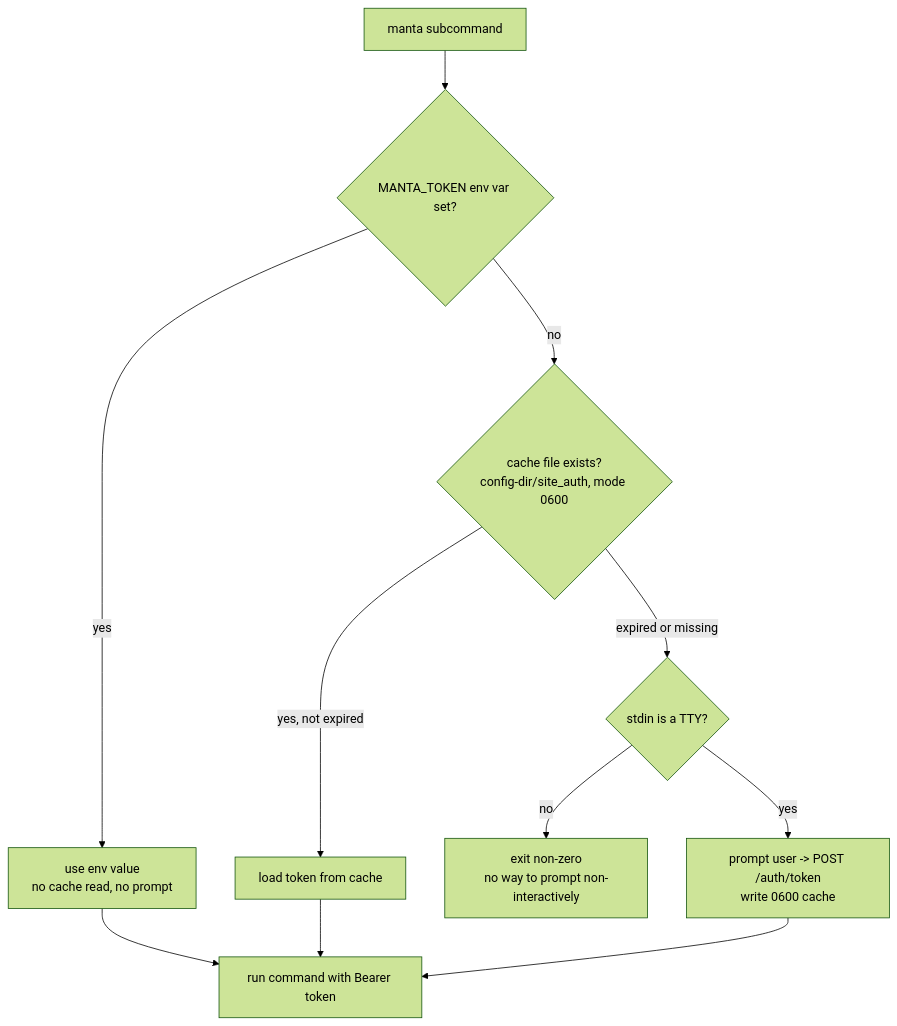
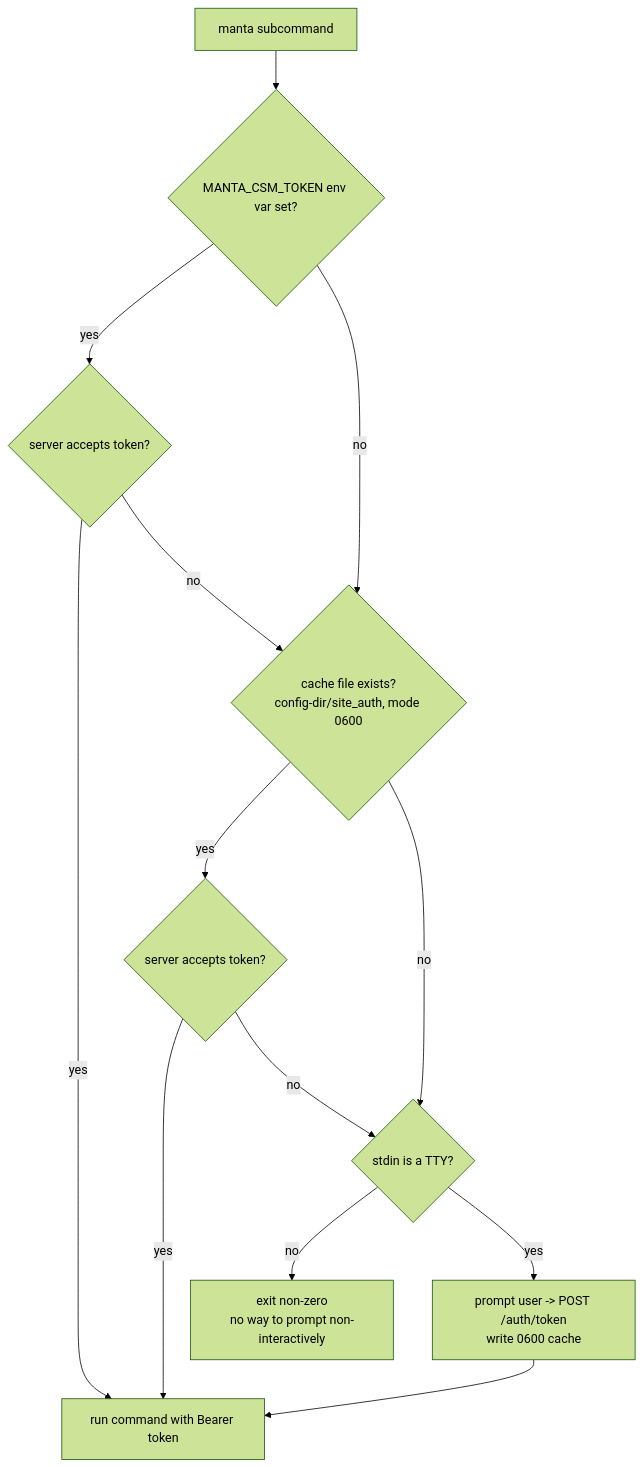
One commit to eth-cscs/manta changed the fourth of 5 diagrams in GUIDE.md. Above: the diagram before and after it, drawn with Mermaid (forest theme). The commit also changed other lines of this file and 1 other file, not shown here.

Commit message:
docs(mermaid): fix factual errors in batch-2 diagrams
Three corrections caught by the final whole-branch review against
the actual source code:

1. Env var name: was MANTA_TOKEN, actual is MANTA_CSM_TOKEN
   (crates/manta-cli/src/common/authentication.rs:64). Fixed in
   the GUIDE.md §12 flowchart node and closing paragraph.

2. Token-cache cascade misdescription: the diagram showed a local
   "expired" branch and promised that the env-var path bypasses
   the cache. The code at authentication.rs:129-147 falls through
   to the cache on server-side token reject — there's no local
   expiry check, and the env-var path does NOT bypass the cache.
   Replaced with explicit ValEnv / ValCache validate nodes so the
   cascade-on-reject is visible.

3. Hw-cluster "rollback" that doesn't exist: ARCHITECTURE.md's new
   diagram + intro both claimed a best-effort rollback step.
   pin_unpin.rs:635 rustdoc explicitly says target updates are
   idempotent and operators retry — there is no executable rollback.
   Removed the Rollback node from the flowchart and rewrote the
   intro prose.

No other diagrams or prose touched.

````diff
--- a/GUIDE.md
+++ b/GUIDE.md
@@ -733,13 +733,15 @@
 ```mermaid
 flowchart TD
-    Start[manta subcommand] --> Env{MANTA_TOKEN env var set?}
-    Env -->|yes| Use[use env value<br/>no cache read, no prompt]
-    Env -->|no| Cache{cache file exists?<br/>config-dir/site_auth, mode 0600}
-    Cache -->|yes, not expired| ReadCache[load token from cache]
-    Cache -->|expired or missing| TTY{stdin is a TTY?}
+    Start[manta subcommand] --> Env{MANTA_CSM_TOKEN env var set?}
+    Env -->|yes| ValEnv{server accepts token?}
+    Env -->|no| Cache
+    ValEnv -->|yes| Run[run command with Bearer token]
+    ValEnv -->|no| Cache{cache file exists?<br/>config-dir/site_auth, mode 0600}
+    Cache -->|yes| ValCache{server accepts token?}
+    Cache -->|no| TTY{stdin is a TTY?}
+    ValCache -->|yes| Run
+    ValCache -->|no| TTY
     TTY -->|no| Fail[exit non-zero<br/>no way to prompt non-interactively]
     TTY -->|yes| Prompt[prompt user -> POST /auth/token<br/>write 0600 cache]
-    Use --> Run[run command with Bearer token]
-    ReadCache --> Run
     Prompt --> Run
 ```
````
